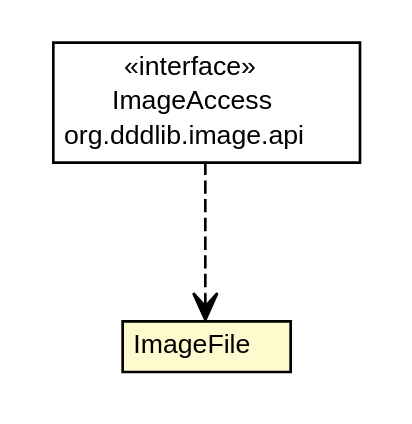
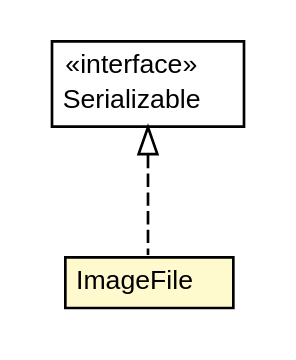
One commit to dayatang/dddlib changed the diagram in dddlib-image/dddlib-image-api/apidocs/org/dddlib/image/api/pojo/ImageFile.dot. Above: the diagram before and after it, drawn with Graphviz. The commit also changed 64 other files, not shown here.

```diff
--- a/dddlib-image/dddlib-image-api/apidocs/org/dddlib/image/api/pojo/ImageFile.dot
+++ b/dddlib-image/dddlib-image-api/apidocs/org/dddlib/image/api/pojo/ImageFile.dot
@@ -1,28 +1,27 @@
 #!/usr/local/bin/dot
 #
 # Class diagram 
 # Generated by UMLGraph version R5_6_6-8-g8d7759 (http://www.umlgraph.org/)
 #
 
 digraph G {
 	edge [fontname="Helvetica",fontsize=10,labelfontname="Helvetica",labelfontsize=10];
 	node [fontname="Helvetica",fontsize=10,shape=plaintext];
 	nodesep=0.25;
 	ranksep=0.5;
-	// org.dddlib.image.api.ImageAccess
-	c10 [label=<<table title="org.dddlib.image.api.ImageAccess" border="0" cellborder="1" cellspacing="0" cellpadding="2" port="p" href="../ImageAccess.html">
-		<tr><td><table border="0" cellspacing="0" cellpadding="1">
-<tr><td align="center" balign="center"> &#171;interface&#187; </td></tr>
-<tr><td align="center" balign="center"> ImageAccess </td></tr>
-<tr><td align="center" balign="center"> org.dddlib.image.api </td></tr>
-		</table></td></tr>
-		</table>>, URL="../ImageAccess.html", fontname="Helvetica", fontcolor="black", fontsize=10.0];
 	// org.dddlib.image.api.pojo.ImageFile
-	c11 [label=<<table title="org.dddlib.image.api.pojo.ImageFile" border="0" cellborder="1" cellspacing="0" cellpadding="2" port="p" bgcolor="lemonChiffon" href="./ImageFile.html">
+	c10 [label=<<table title="org.dddlib.image.api.pojo.ImageFile" border="0" cellborder="1" cellspacing="0" cellpadding="2" port="p" bgcolor="lemonChiffon" href="./ImageFile.html">
 		<tr><td><table border="0" cellspacing="0" cellpadding="1">
 <tr><td align="center" balign="center"> ImageFile </td></tr>
 		</table></td></tr>
 		</table>>, URL="./ImageFile.html", fontname="Helvetica", fontcolor="black", fontsize=10.0];
-	// org.dddlib.image.api.ImageAccess DEPEND org.dddlib.image.api.pojo.ImageFile
-	c10:p -> c11:p [taillabel="", label=" "headlabel="", fontname="Helvetica", fontcolor="black", fontsize=10.0, color="black", arrowhead=open, style=dashed];
+	//org.dddlib.image.api.pojo.ImageFile implements java.io.Serializable
+	c11:p -> c10:p [dir=back,arrowtail=empty,style=dashed];
+	// java.io.Serializable
+	c11 [label=<<table title="java.io.Serializable" border="0" cellborder="1" cellspacing="0" cellpadding="2" port="p" href="http://download.oracle.com/javase/7/docs/api/java/io/Serializable.html">
+		<tr><td><table border="0" cellspacing="0" cellpadding="1">
+<tr><td align="center" balign="center"> &#171;interface&#187; </td></tr>
+<tr><td align="center" balign="center"> Serializable </td></tr>
+		</table></td></tr>
+		</table>>, URL="http://download.oracle.com/javase/7/docs/api/java/io/Serializable.html", fontname="Helvetica", fontcolor="black", fontsize=10.0];
 }
```
